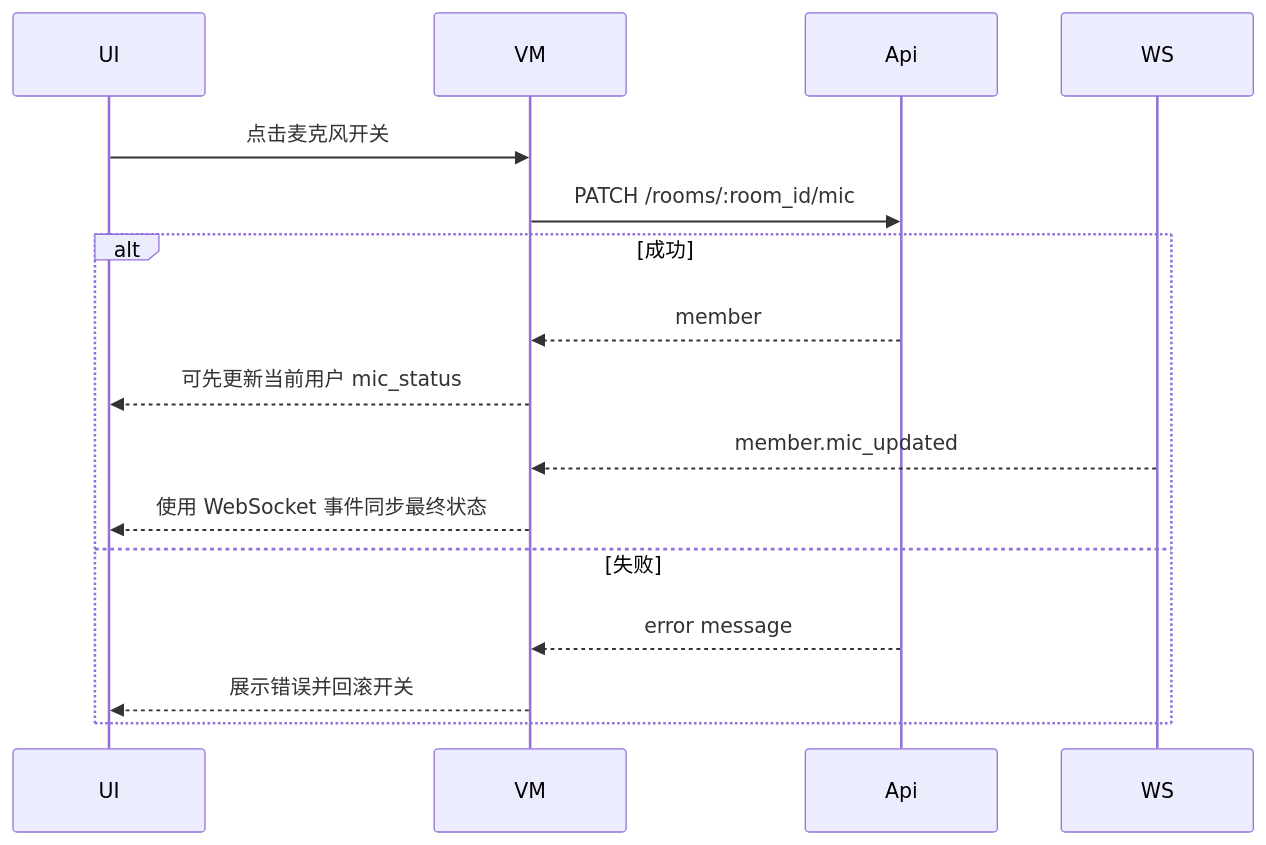
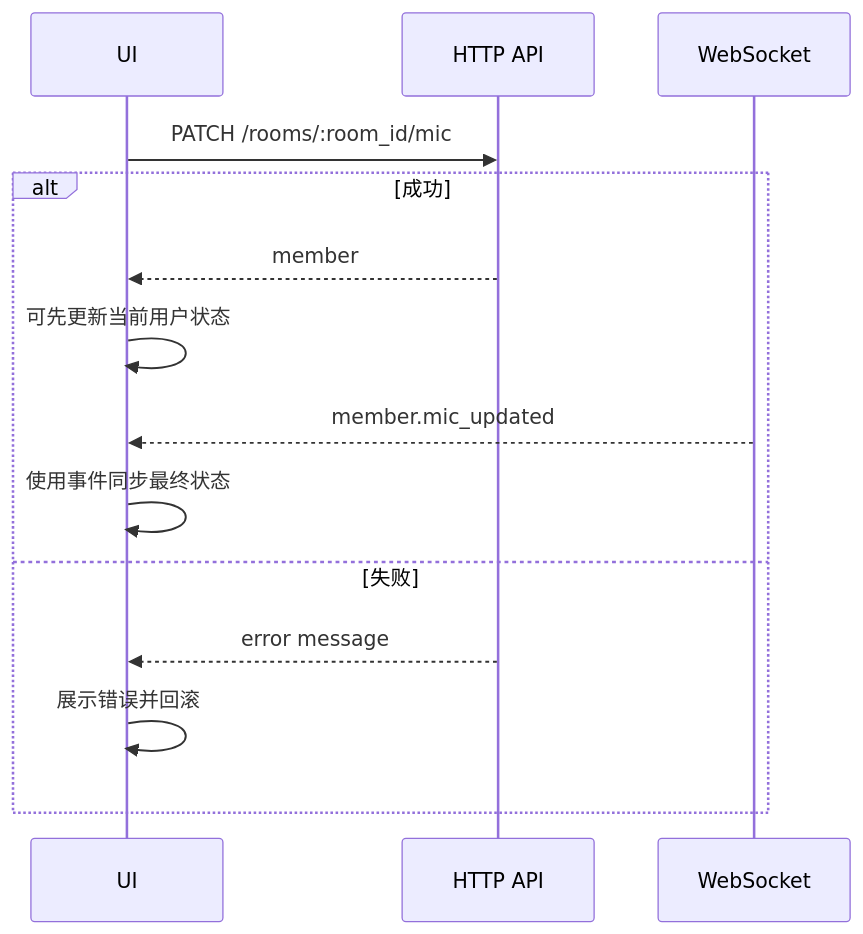
The eighth of 9 diagrams in docs/客户端逻辑设计.md (DancingCodes/room-app), drawn with Mermaid before and after one commit. The commit also changed other lines of this file and 1 other file, not shown here.

````diff
--- a/docs/客户端逻辑设计.md
+++ b/docs/客户端逻辑设计.md
@@ -219,19 +131,17 @@
 ```mermaid
 sequenceDiagram
     participant UI
-    participant VM
-    participant Api
-    participant WS
+    participant Api as HTTP API
+    participant WS as WebSocket
 
-    UI->>VM: 点击麦克风开关
-    VM->>Api: PATCH /rooms/:room_id/mic
+    UI->>Api: PATCH /rooms/:room_id/mic
     alt 成功
-        Api-->>VM: member
-        VM-->>UI: 可先更新当前用户 mic_status
-        WS-->>VM: member.mic_updated
-        VM-->>UI: 使用 WebSocket 事件同步最终状态
+        Api-->>UI: member
+        UI->>UI: 可先更新当前用户状态
+        WS-->>UI: member.mic_updated
+        UI->>UI: 使用事件同步最终状态
     else 失败
-        Api-->>VM: error message
-        VM-->>UI: 展示错误并回滚开关
+        Api-->>UI: error message
+        UI->>UI: 展示错误并回滚
     end
 ```
````
